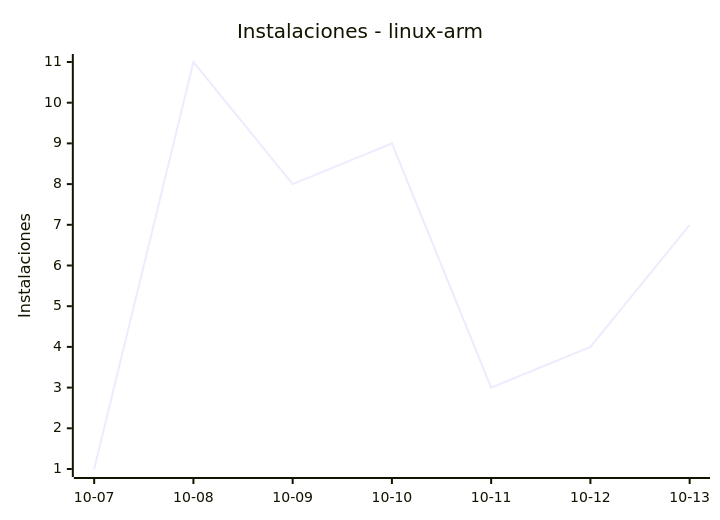
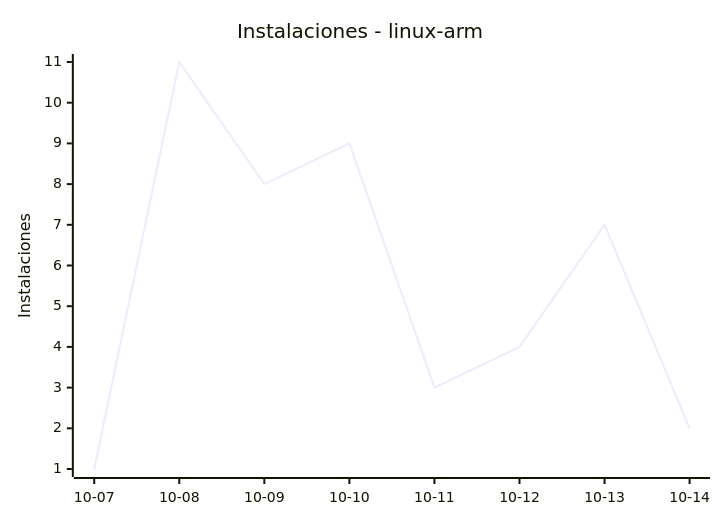
One commit to EmuDeck/stats changed the fifth of 8 diagrams in README.md. Above: the diagram before and after it, drawn with Mermaid. The commit also changed other lines of this file and 2 other files, not shown here.

````diff
--- a/README.md
+++ b/README.md
@@ -60,7 +60,7 @@
 ```mermaid
 xychart-beta
     title "Instalaciones - linux-arm"
-    x-axis ["10-07", "10-08", "10-09", "10-10", "10-11", "10-12", "10-13"]
+    x-axis ["10-07", "10-08", "10-09", "10-10", "10-11", "10-12", "10-13", "10-14"]
     y-axis "Instalaciones"
-    line [1, 11, 8, 9, 3, 4, 7]
+    line [1, 11, 8, 9, 3, 4, 7, 2]
 ```
````
